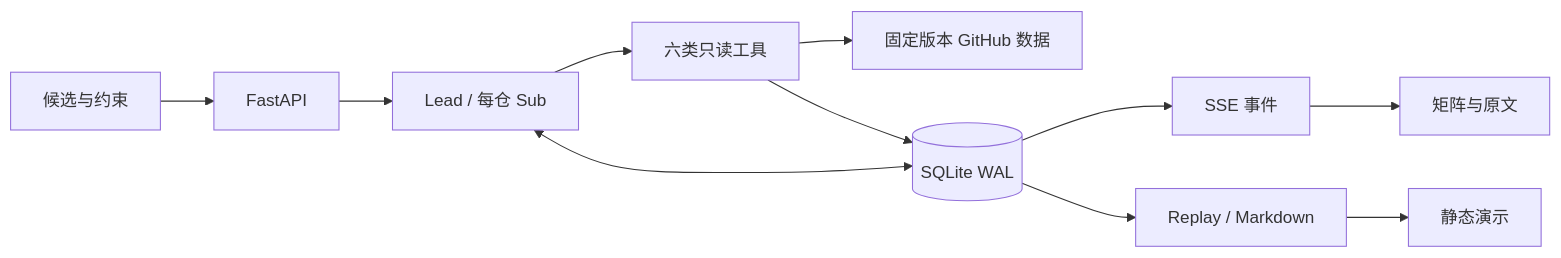
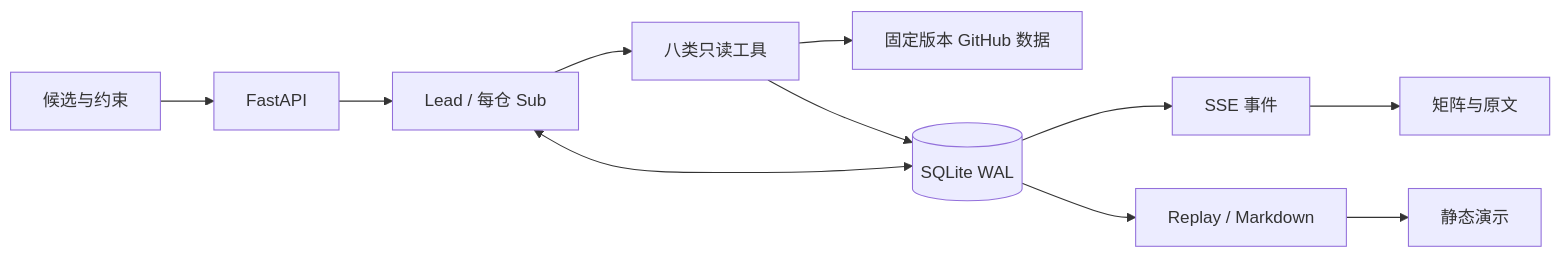
Before and after one commit to billionsheep/github-hot-monitor: the diagram in docs/project/CODE_GUIDE.md, drawn with Mermaid. The commit also changed other lines of this file and 138 other files, not shown here.

````diff
--- a/docs/project/CODE_GUIDE.md
+++ b/docs/project/CODE_GUIDE.md
@@ -18,13 +18,13 @@
 ```mermaid
 flowchart LR
     UI[候选与约束] --> API[FastAPI]
     API --> H[Lead / 每仓 Sub]
-    H --> T[六类只读工具]
+    H --> T[八类只读工具]
     T --> GH[固定版本 GitHub 数据]
     T --> DB[(SQLite WAL)]
     H <--> DB
     DB --> SSE[SSE 事件]
     SSE --> M[矩阵与原文]
     DB --> R[Replay / Markdown]
     R --> S[静态演示]
 ```
````
